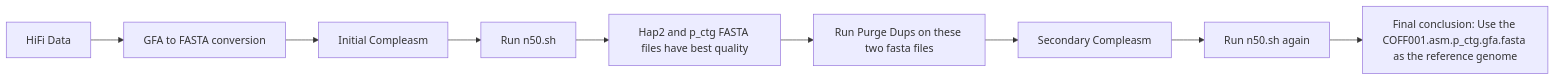
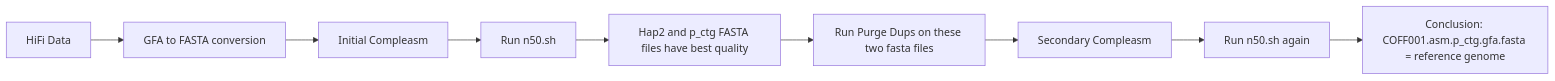
One commit to mzywj2/Thesis-Project changed the diagram in README.md. Above: the diagram before and after it, drawn with Mermaid.

````diff
--- a/README.md
+++ b/README.md
@@ -353,12 +353,12 @@
 ```mermaid
 graph LR;
 A[HiFi Data] --> B[GFA to FASTA conversion];
     B --> C[Initial Compleasm];
     C --> D[Run n50.sh];
     D --> E[Hap2 and p_ctg FASTA files have best quality];
     E --> F[Run Purge Dups on these two fasta files];
     F --> G[Secondary Compleasm];
     G --> H[Run n50.sh again];
-    H --> I[Final conclusion: Use the COFF001.asm.p_ctg.gfa.fasta as the reference genome];
+    H --> I[Conclusion: COFF001.asm.p_ctg.gfa.fasta = reference genome];
 
 ```
````
